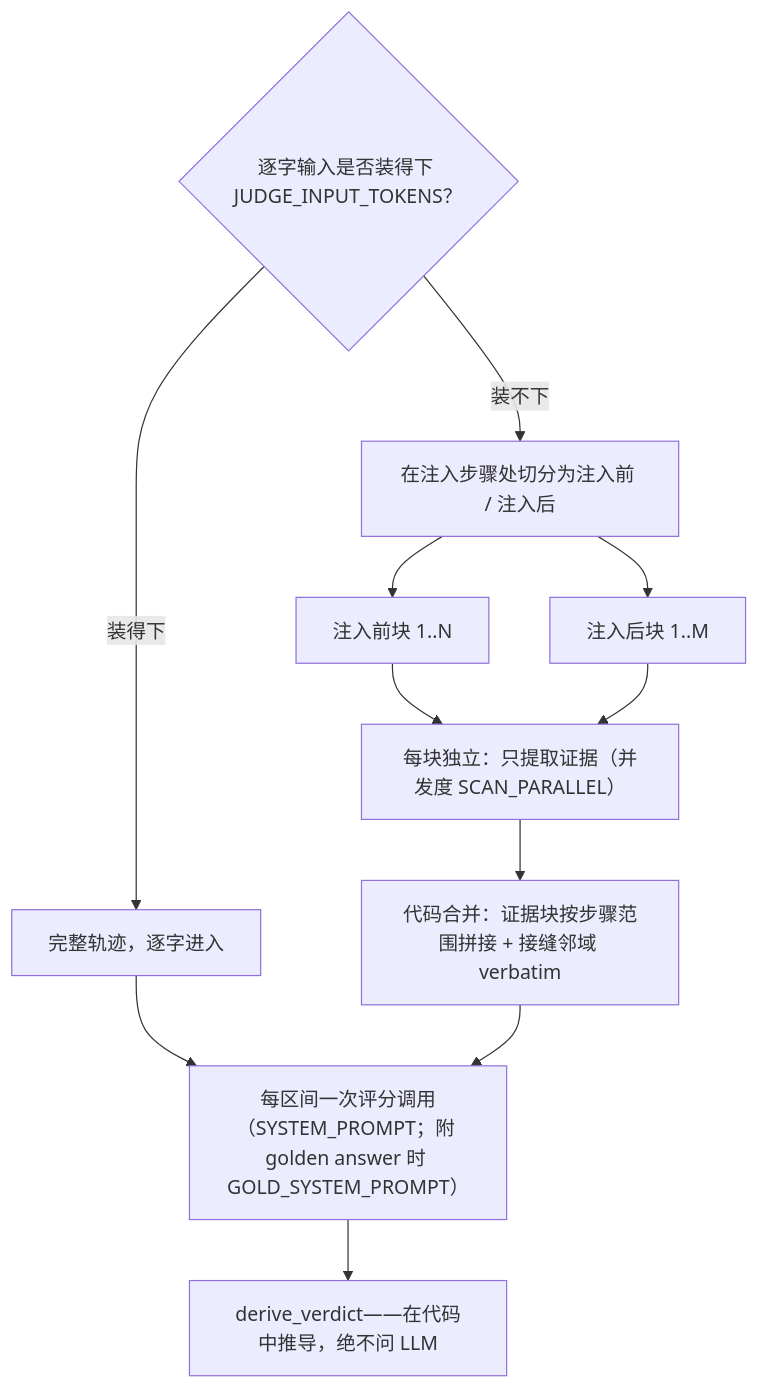
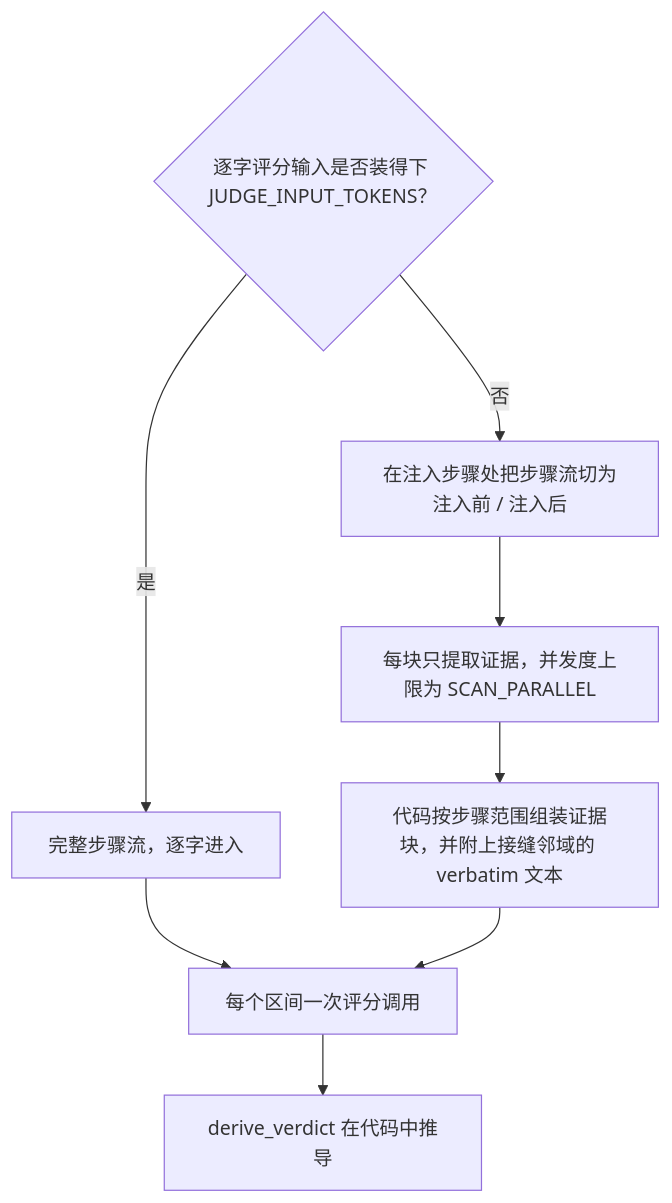
The diagram in doc/zh-CN/injudge.md (ChangranXU/mem-use), drawn with Mermaid before and after one commit. The commit also changed other lines of this file and 20 other files, not shown here.

````diff
--- a/doc/zh-CN/injudge.md
+++ b/doc/zh-CN/injudge.md
@@ -43,22 +36,17 @@
 ```mermaid
 flowchart TD
-    size{"逐字输入是否装得下 JUDGE_INPUT_TOKENS？"}
-    full["完整轨迹，逐字进入"]
-    split["在注入步骤处切分为注入前 / 注入后"]
-    preChunks["注入前块 1..N"]
-    postChunks["注入后块 1..M"]
-    extract["每块独立：只提取证据（并发度 SCAN_PARALLEL）"]
-    merge["代码合并：证据块按步骤范围拼接 + 接缝邻域 verbatim"]
-    judge["每区间一次评分调用（SYSTEM_PROMPT；附 golden answer 时 GOLD_SYSTEM_PROMPT）"]
-    derive["derive_verdict——在代码中推导，绝不问 LLM"]
-    size -->|装得下| full
-    size -->|装不下| split
-    split --> preChunks
-    split --> postChunks
-    preChunks --> extract
-    postChunks --> extract
+    size{"逐字评分输入是否装得下 JUDGE_INPUT_TOKENS？"}
+    full["完整步骤流，逐字进入"]
+    split["在注入步骤处把步骤流切为注入前 / 注入后"]
+    extract["每块只提取证据，并发度上限为 SCAN_PARALLEL"]
+    merge["代码按步骤范围组装证据块，并附上接缝邻域的 verbatim 文本"]
+    judge["每个区间一次评分调用"]
+    derive["derive_verdict 在代码中推导"]
+    size -->|是| full
+    size -->|否| split
+    split --> extract
     extract --> merge
     full --> judge
     merge --> judge
     judge --> derive
 ```
````
